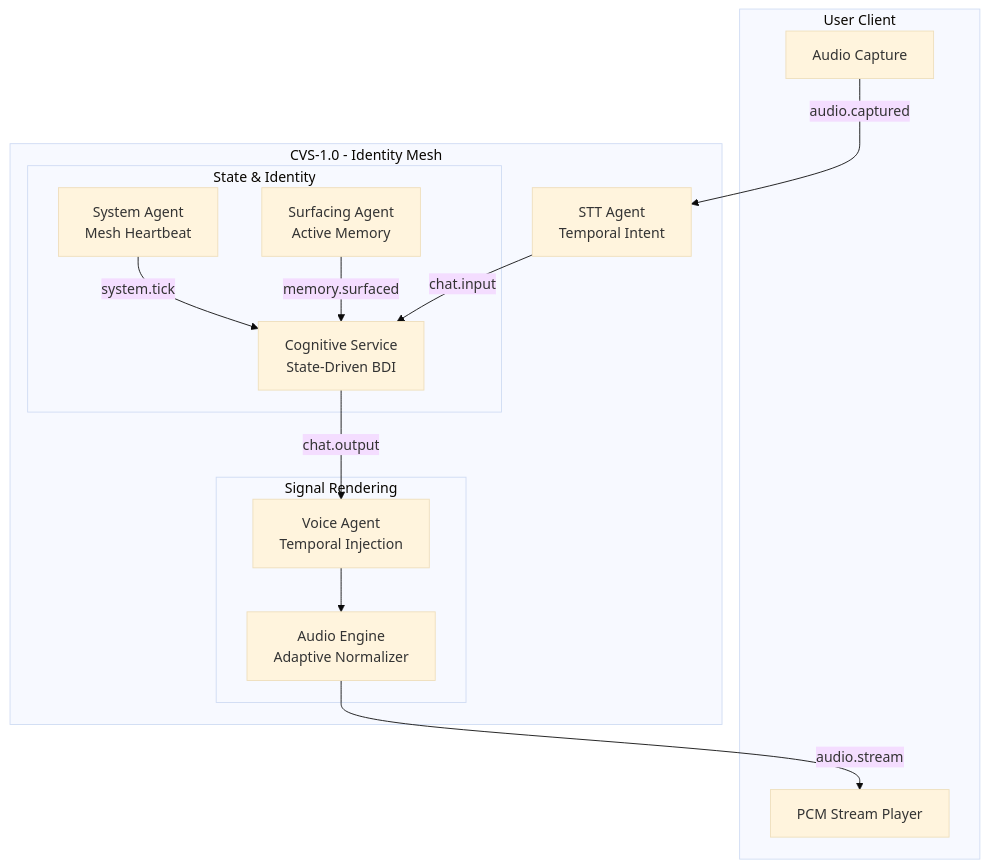
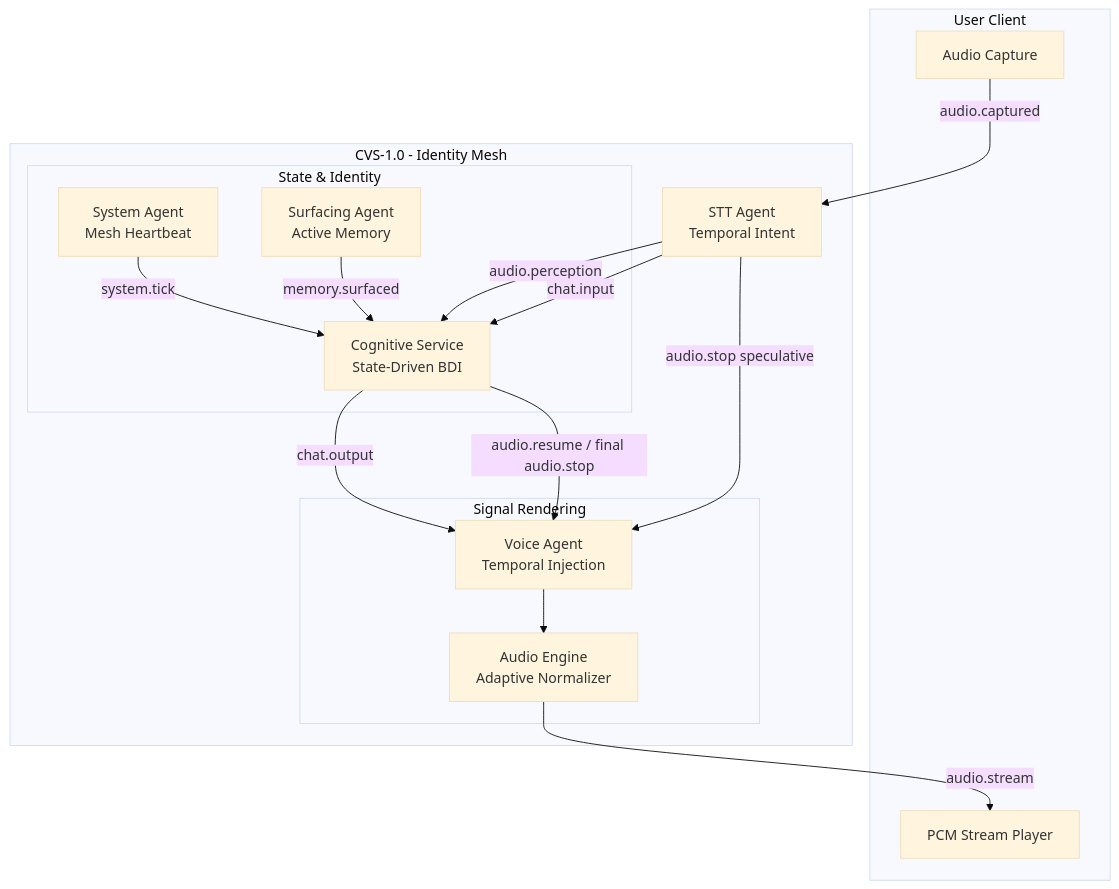
One commit to Aniket-a14/AI_friend changed the diagram in docs/ARCHITECTURE.md. Above: the diagram before and after it, drawn with Mermaid (base theme). The commit also changed other lines of this file and 11 other files, not shown here.

````diff
--- a/docs/ARCHITECTURE.md
+++ b/docs/ARCHITECTURE.md
@@ -57,30 +66,33 @@
 ```mermaid
 graph TB
     subgraph Client ["User Client"]
         MIC["Audio Capture"]
         PCM_PLAYER["PCM Stream Player"]
     end
 
     subgraph CVS_Mesh ["CVS-1.0 - Identity Mesh"]
         STT["STT Agent<br/>Temporal Intent"]
         
         subgraph Brain_Core ["State & Identity"]
             SYSTEM_TICK["System Agent<br/>Mesh Heartbeat"]
             SURFACING["Surfacing Agent<br/>Active Memory"]
             DECISION["Cognitive Service<br/>State-Driven BDI"]
         end
 
         subgraph Voice_Core ["Signal Rendering"]
             VOICE_CONTROLLER["Voice Agent<br/>Temporal Injection"]
             AUDIO_ENGINE["Audio Engine<br/>Adaptive Normalizer"]
         end
     end
 
     MIC -->|audio.captured| STT
+    STT -->|audio.perception| DECISION
+    STT -->|audio.stop speculative| VOICE_CONTROLLER
     STT -->|chat.input| DECISION
     SYSTEM_TICK -->|system.tick| DECISION
     SURFACING -->|memory.surfaced| DECISION
     DECISION -->|chat.output| VOICE_CONTROLLER
+    DECISION -->|audio.resume / final audio.stop| VOICE_CONTROLLER
     VOICE_CONTROLLER --> AUDIO_ENGINE
     AUDIO_ENGINE -->|audio.stream| PCM_PLAYER
 ```
````
